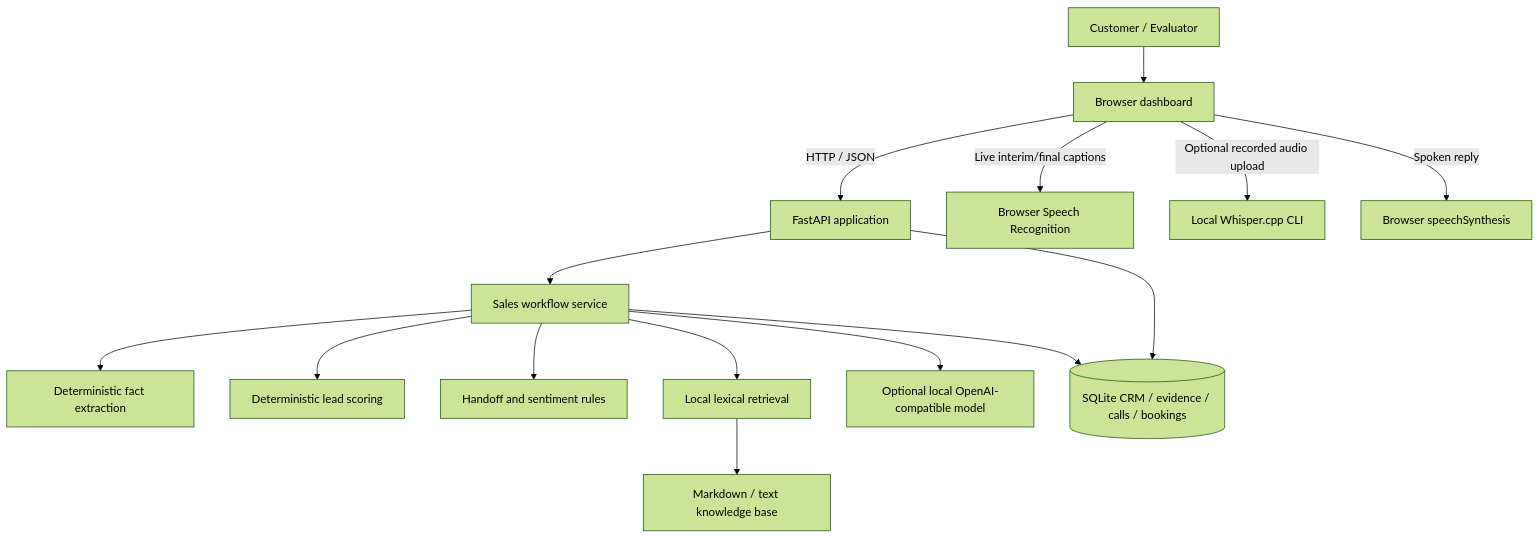
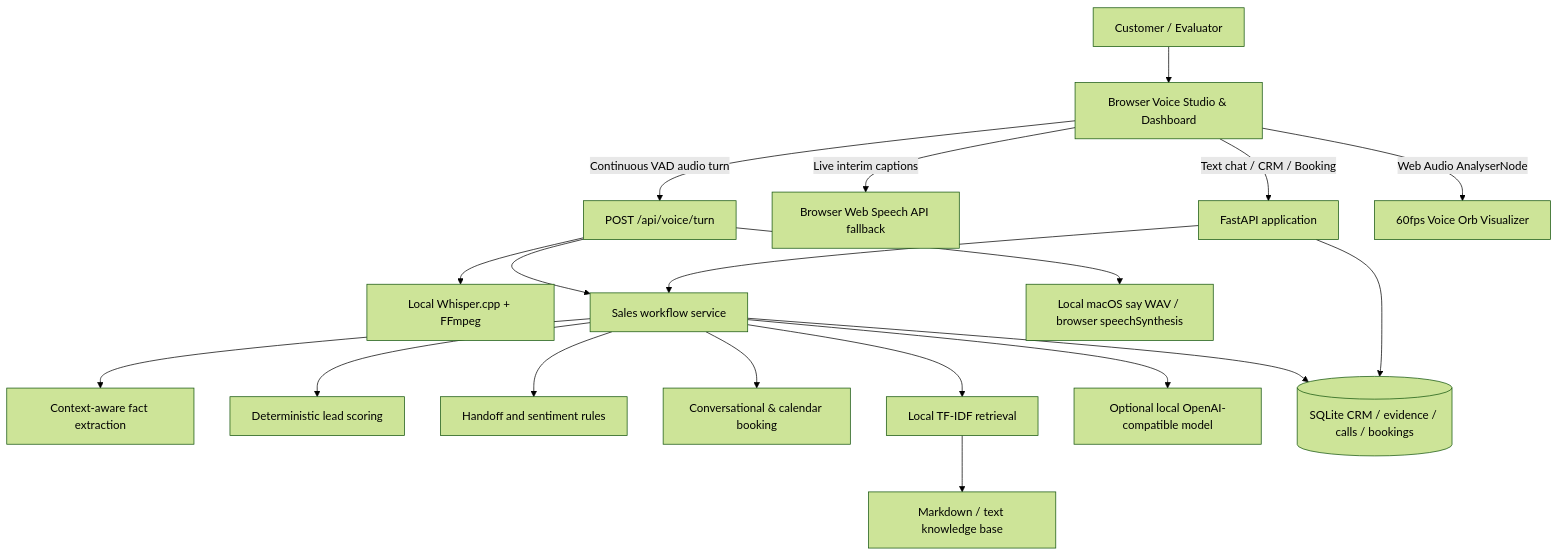
The diagram in docs/architecture.md (aadity-dev/Sales-pilot---AI), drawn with Mermaid (forest theme) before and after one commit. The commit also changed other lines of this file and 8 other files, not shown here.

Commit message:
Sync README, architecture, checklist, test report, and CI workflow with v0.2.0

````diff
--- a/docs/architecture.md
+++ b/docs/architecture.md
@@ -5,17 +5,21 @@
 ```mermaid
 flowchart TD
-    C[Customer / Evaluator] --> UI[Browser dashboard]
-    UI -->|HTTP / JSON| API[FastAPI application]
-    UI -->|Live interim/final captions| BSTT[Browser Speech Recognition]
-    UI -->|Optional recorded audio upload| STT[Local Whisper.cpp CLI]
-    UI -->|Spoken reply| TTS[Browser speechSynthesis]
-    API --> AG[Sales workflow service]
-    AG --> EX[Deterministic fact extraction]
+    C[Customer / Evaluator] --> UI[Browser Voice Studio & Dashboard]
+    UI -->|Continuous VAD audio turn| TURN[POST /api/voice/turn]
+    UI -->|Live interim captions| BSTT[Browser Web Speech API fallback]
+    UI -->|Text chat / CRM / Booking| API[FastAPI application]
+    TURN --> STT[Local Whisper.cpp + FFmpeg]
+    TURN --> AG[Sales workflow service]
+    API --> AG
+    AG --> EX[Context-aware fact extraction]
     AG --> SCORE[Deterministic lead scoring]
     AG --> HANDOFF[Handoff and sentiment rules]
-    AG --> RAG[Local lexical retrieval]
+    AG --> BOOK[Conversational & calendar booking]
+    AG --> RAG[Local TF-IDF retrieval]
     RAG --> KB[Markdown / text knowledge base]
     AG --> LLM[Optional local OpenAI-compatible model]
+    TURN --> TTS[Local macOS say WAV / browser speechSynthesis]
+    UI -->|Web Audio AnalyserNode| ORB[60fps Voice Orb Visualizer]
     AG --> DB[(SQLite CRM / evidence / calls / bookings)]
     API --> DB
 ```
````
